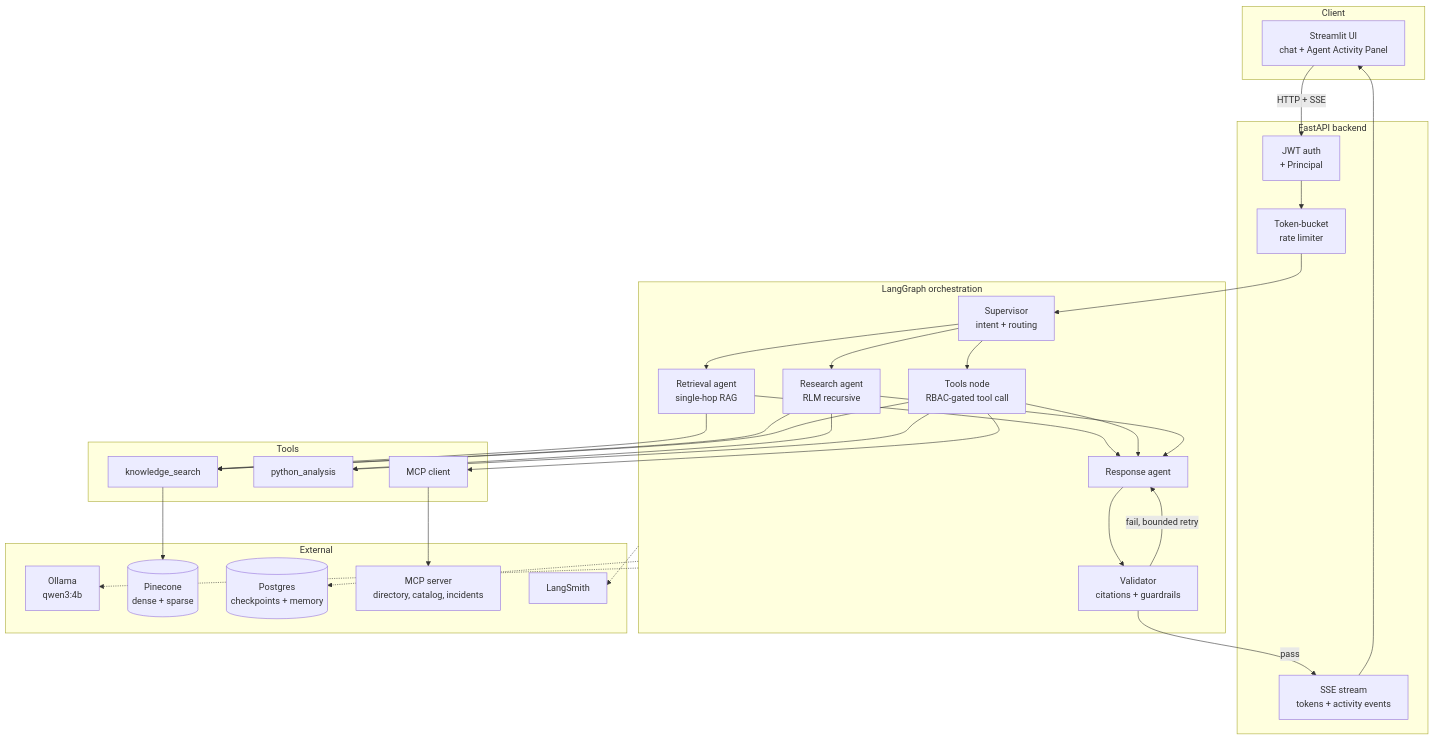
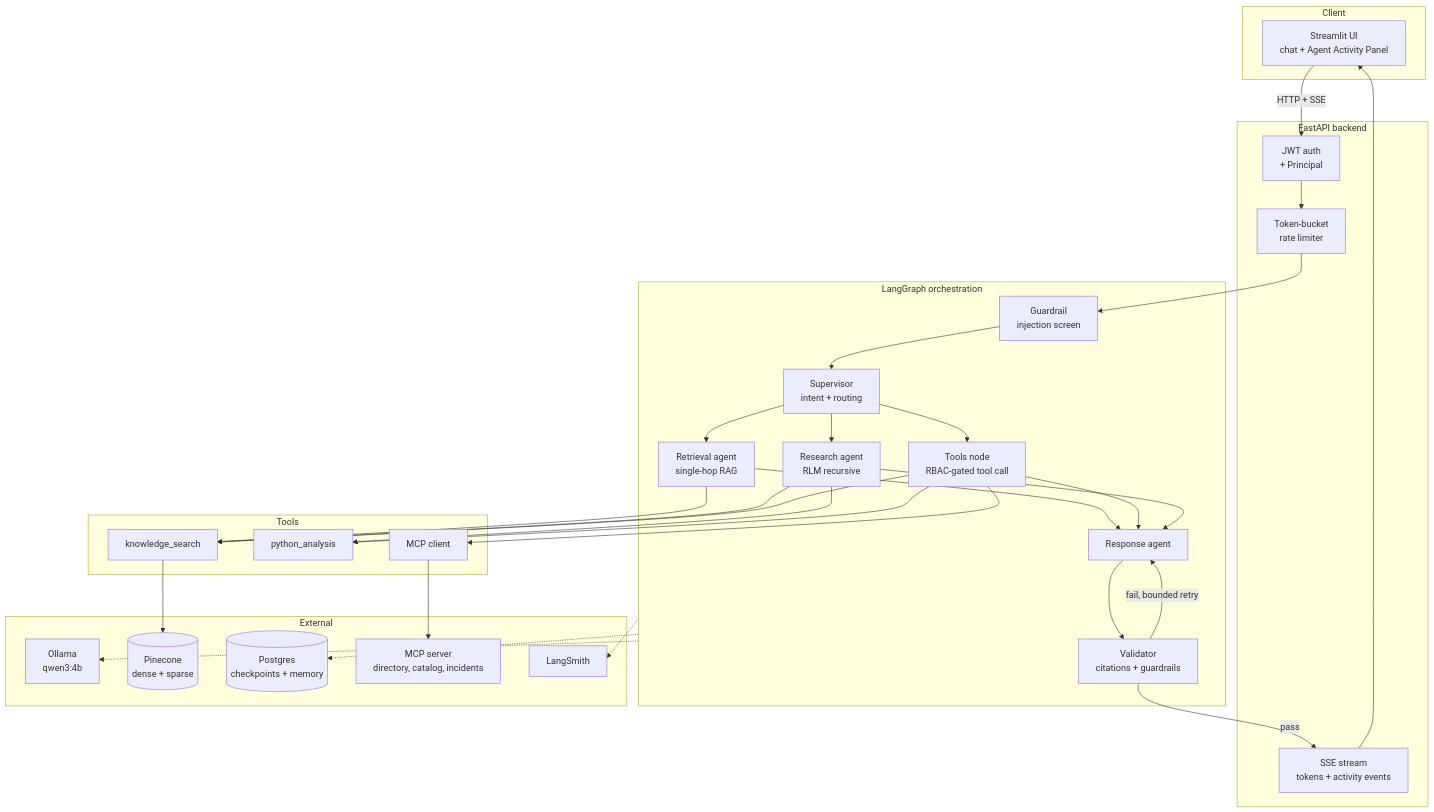
Before and after one commit to Navojith/enterprise-ai-assistant: the diagram in docs/ARCHITECTURE.md, drawn with Mermaid. The commit also changed other lines of this file and 22 other files, not shown here.

````diff
--- a/docs/ARCHITECTURE.md
+++ b/docs/ARCHITECTURE.md
@@ -13,58 +13,60 @@
 ```mermaid
 graph TB
     subgraph Client
         UI[Streamlit UI<br/>chat + Agent Activity Panel]
     end
 
     subgraph API["FastAPI backend"]
         AUTH[JWT auth<br/>+ Principal]
         RL[Token-bucket<br/>rate limiter]
         SSE[SSE stream<br/>tokens + activity events]
     end
 
     subgraph Graph["LangGraph orchestration"]
+        GRD[Guardrail<br/>injection screen]
         SUP[Supervisor<br/>intent + routing]
         RET[Retrieval agent<br/>single-hop RAG]
         TLS[Tools node<br/>RBAC-gated tool call]
         RES[Research agent<br/>RLM recursive]
         RSP[Response agent]
         VAL[Validator<br/>citations + guardrails]
     end
 
     subgraph Tools
         KS[knowledge_search]
         PA[python_analysis]
         MCP[MCP client]
     end
 
     subgraph External
         OLL[Ollama<br/>qwen3:4b]
         PC[(Pinecone<br/>dense + sparse)]
         PG[(Postgres<br/>checkpoints + memory)]
         MCPS[MCP server<br/>directory, catalog, incidents]
         LS[LangSmith]
     end
 
-    UI -->|HTTP + SSE| AUTH --> RL --> SUP
+    UI -->|HTTP + SSE| AUTH --> RL --> GRD
+    GRD --> SUP
     SUP --> RET
     SUP --> TLS
     SUP --> RES
     RET --> RSP
     TLS --> RSP
     RES --> RSP
     RSP --> VAL
     VAL -->|fail, bounded retry| RSP
     VAL -->|pass| SSE --> UI
 
     RET --> KS
     RES --> KS
     RES --> PA
     TLS --> KS
     TLS --> PA
     TLS --> MCP
     KS --> PC
     MCP --> MCPS
     Graph -.-> OLL
     Graph -.-> PG
     Graph -.-> LS
 ```
````
